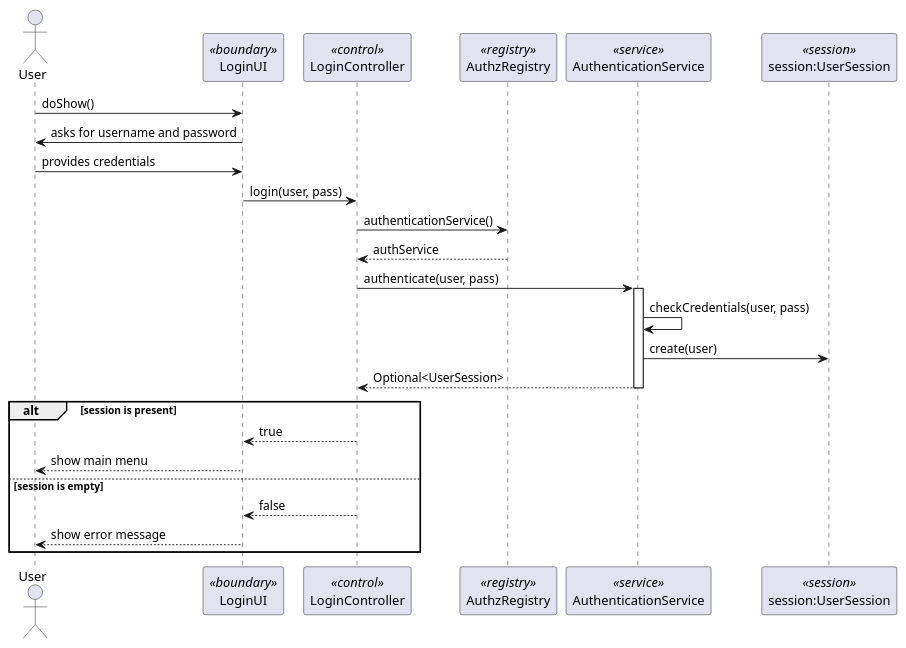
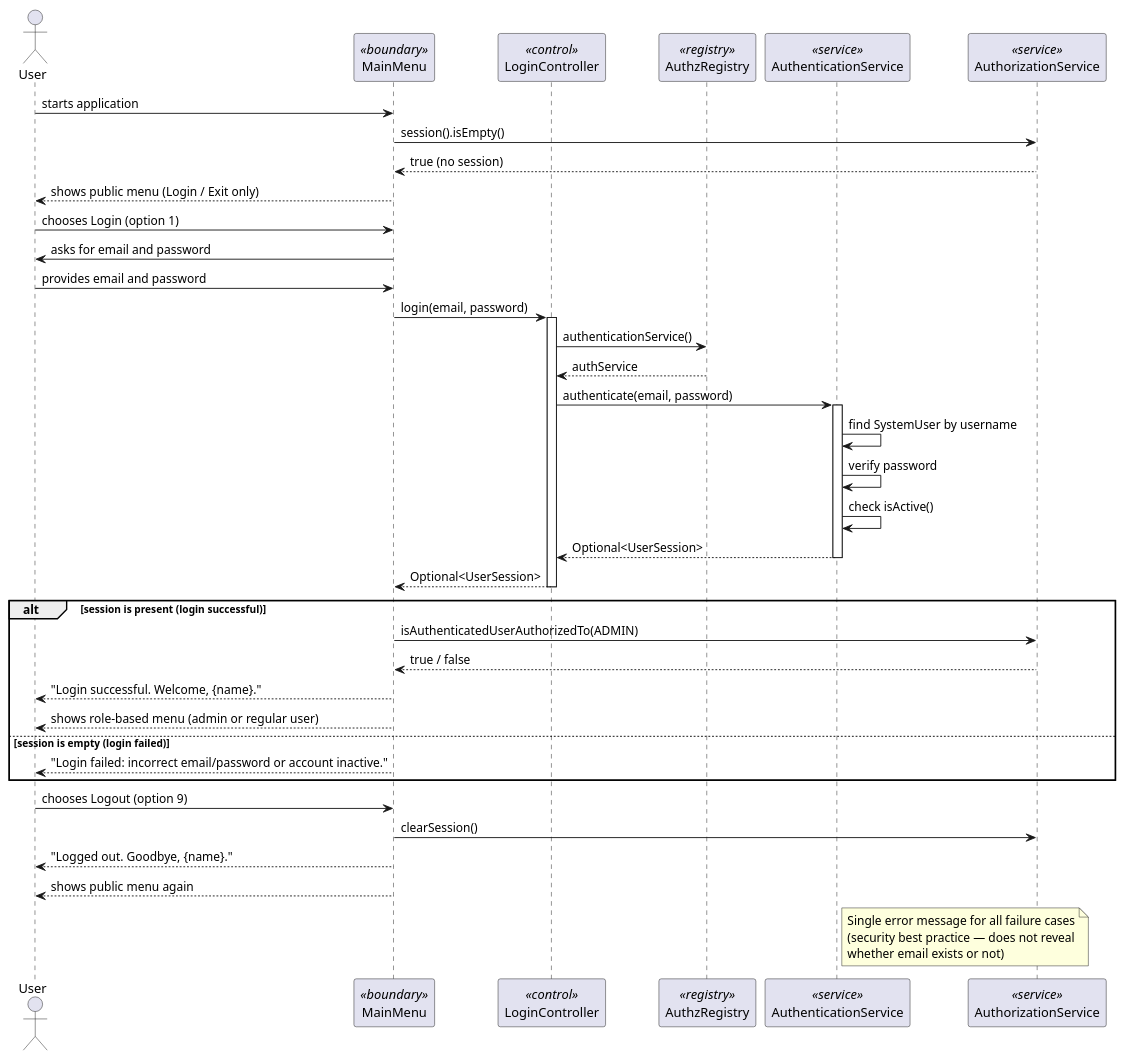
The diagram in docs/Sprint 2/EAPLI/US030/puml/US030-sequence-diagram.puml (DuartePinto1240/sem4pi2526-sem4pi2526_2da2), drawn with PlantUML before and after one commit. The commit also changed 16 other files, not shown here.

```diff
--- a/docs/Sprint 2/EAPLI/US030/puml/US030-sequence-diagram.puml
+++ b/docs/Sprint 2/EAPLI/US030/puml/US030-sequence-diagram.puml
@@ -1,31 +1,51 @@
 @startuml
 actor User
-participant LoginUI as UI <<boundary>>
+participant MainMenu as MENU <<boundary>>
 participant LoginController as CTRL <<control>>
 participant AuthzRegistry as REG <<registry>>
 participant AuthenticationService as AUTH <<service>>
-participant "session:UserSession" as SESS <<session>>
+participant AuthorizationService as AUTHZ <<service>>
 
-User -> UI : doShow()
-UI -> User : asks for username and password
-User -> UI : provides credentials
-UI -> CTRL : login(user, pass)
+User -> MENU : starts application
+MENU -> AUTHZ : session().isEmpty()
+AUTHZ --> MENU : true (no session)
+MENU --> User : shows public menu (Login / Exit only)
 
+User -> MENU : chooses Login (option 1)
+MENU -> User : asks for email and password
+User -> MENU : provides email and password
+
+MENU -> CTRL : login(email, password)
+activate CTRL
 CTRL -> REG : authenticationService()
 REG --> CTRL : authService
-
-CTRL -> AUTH : authenticate(user, pass)
+CTRL -> AUTH : authenticate(email, password)
 activate AUTH
-AUTH -> AUTH : checkCredentials(user, pass)
-AUTH -> SESS : create(user)
+AUTH -> AUTH : find SystemUser by username
+AUTH -> AUTH : verify password
+AUTH -> AUTH : check isActive()
 AUTH --> CTRL : Optional<UserSession>
 deactivate AUTH
+CTRL --> MENU : Optional<UserSession>
+deactivate CTRL
 
-alt session is present
-    CTRL --> UI : true
-    UI --> User : show main menu
-else session is empty
-    CTRL --> UI : false
-    UI --> User : show error message
+alt session is present (login successful)
+    MENU -> AUTHZ : isAuthenticatedUserAuthorizedTo(ADMIN)
+    AUTHZ --> MENU : true / false
+    MENU --> User : "Login successful. Welcome, {name}."
+    MENU --> User : shows role-based menu (admin or regular user)
+else session is empty (login failed)
+    MENU --> User : "Login failed: incorrect email/password or account inactive."
 end
+
+User -> MENU : chooses Logout (option 9)
+MENU -> AUTHZ : clearSession()
+MENU --> User : "Logged out. Goodbye, {name}."
+MENU --> User : shows public menu again
+
+note right of AUTH
+  Single error message for all failure cases
+  (security best practice — does not reveal
+  whether email exists or not)
+end note
 @enduml
```
